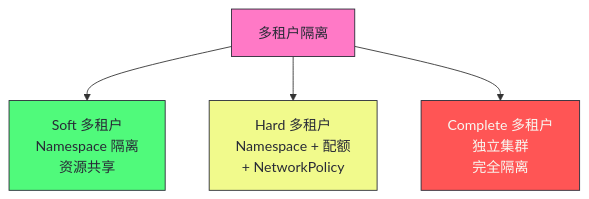
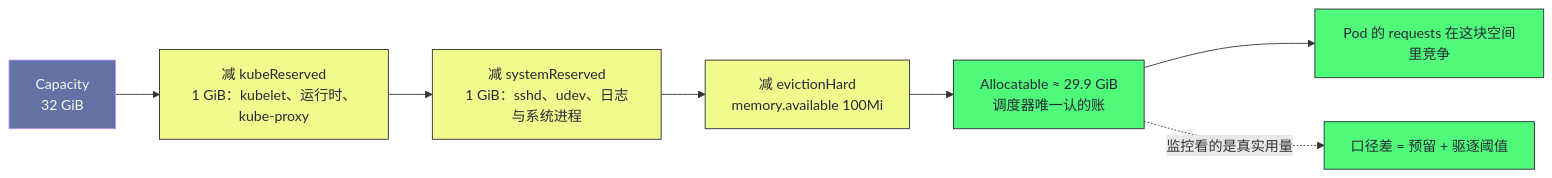
One commit to hpliStartAgain/my-brain changed the third of 5 diagrams in content/云原生/Kubernetes/Kubernetes架构深度剖析/16 生产化集群管理：多租户隔离、资源治理与安全加固.md. Above: the diagram before and after it, drawn with Mermaid. The commit also changed other lines of this file and 259 other files, not shown here.

````diff
--- a/content/云原生/Kubernetes/Kubernetes架构深度剖析/16 生产化集群管理：多租户隔离、资源治理与安全加固.md
+++ b/content/云原生/Kubernetes/Kubernetes架构深度剖析/16 生产化集群管理：多租户隔离、资源治理与安全加固.md
@@ -22,16 +484,17 @@
 ```mermaid
 %%{init: {'theme': 'dracula'}}%%
-graph TD
-    Isolation["多租户隔离"] --> Soft["Soft 多租户<br/>Namespace 隔离<br/>资源共享"]
-    Isolation --> Hard["Hard 多租户<br/>Namespace + 配额<br/>+ NetworkPolicy"]
-    Isolation --> Complete["Complete 多租户<br/>独立集群<br/>完全隔离"]
+graph LR
+    CAP["Capacity<br/>32 GiB"] --> KR["减 kubeReserved<br/>1 GiB：kubelet、运行时、kube-proxy"]
+    KR --> SR["减 systemReserved<br/>1 GiB：sshd、udev、日志与系统进程"]
+    SR --> EV["减 evictionHard<br/>memory.available 100Mi"]
+    EV --> AL["Allocatable ≈ 29.9 GiB<br/>调度器唯一认的账"]
+    AL --> P1["Pod 的 requests 在这块空间里竞争"]
+    AL -. "监控看的是真实用量" .-> GAP["口径差 = 预留 + 驱逐阈值"]
 
-    classDef iso fill:#ff79c6,stroke:#282a36,color:#282a36
-    classDef soft fill:#50fa7b,stroke:#282a36,color:#282a36
-    classDef hard fill:#f1fa8c,stroke:#282a36,color:#282a36
-    classDef complete fill:#ff5555,stroke:#282a36,color:#f8f8f2
-    class Isolation iso
-    class Soft soft
-    class Hard hard
-    class Complete complete
+    classDef phys fill:#6272a4,stroke:#bd93f9,color:#f8f8f2
+    classDef cut fill:#f1fa8c,stroke:#282a36,color:#282a36
+    classDef real fill:#50fa7b,stroke:#282a36,color:#282a36
+    class CAP phys
+    class KR,SR,EV cut
+    class AL,P1,GAP real
 ```
````
